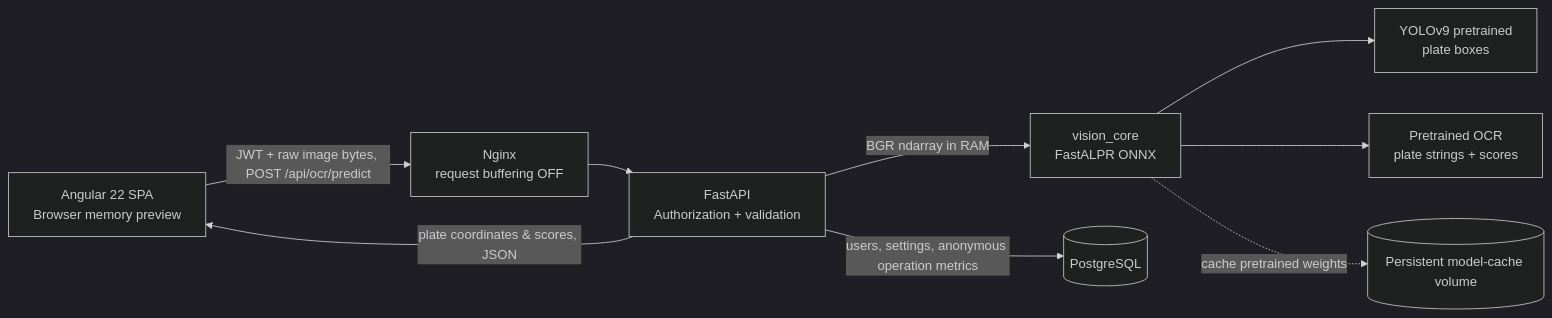
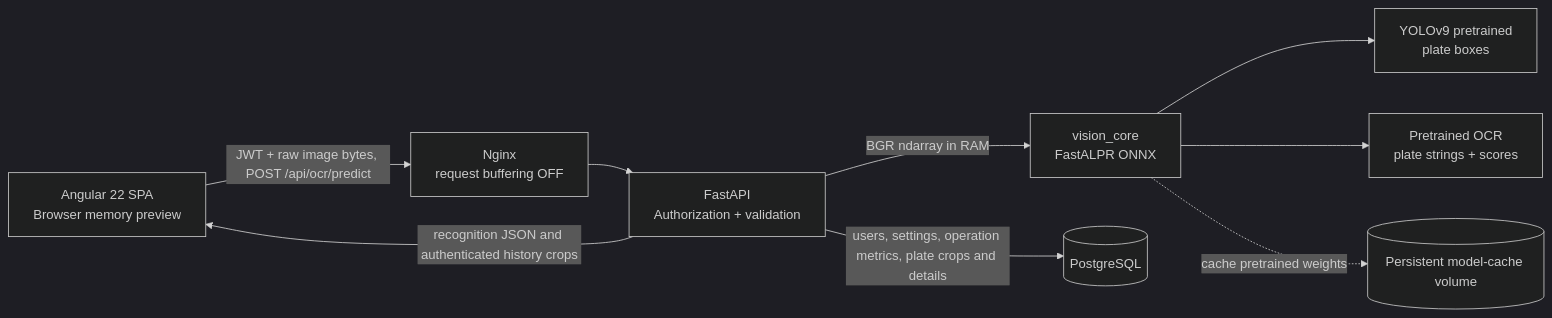
One commit to duchnv-vn/license-plate-ocr changed the diagram in README.md. Above: the diagram before and after it, drawn with Mermaid (dark theme). The commit also changed other lines of this file and 17 other files, not shown here.

````diff
--- a/README.md
+++ b/README.md
@@ -9,11 +9,11 @@
 ```mermaid
 flowchart LR
   B[Angular 22 SPA\nBrowser memory preview] -->|JWT + raw image bytes, POST /api/ocr/predict| N[Nginx\nrequest buffering OFF]
   N --> API[FastAPI\nAuthorization + validation]
   API -->|BGR ndarray in RAM| E[vision_core\nFastALPR ONNX]
   E --> D[YOLOv9 pretrained\nplate boxes]
   E --> O[Pretrained OCR\nplate strings + scores]
-  API -->|plate coordinates & scores, JSON| B
-  API -->|users, settings, anonymous operation metrics| PG[(PostgreSQL)]
+  API -->|recognition JSON and authenticated history crops| B
+  API -->|users, settings, operation metrics, plate crops and details| PG[(PostgreSQL)]
   E -. cache pretrained weights .-> C[(Persistent model-cache volume)]
 ```
````
